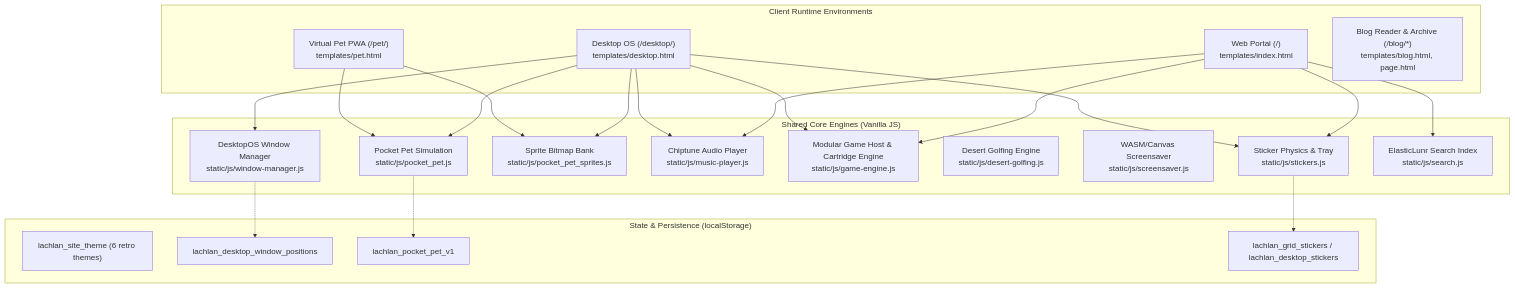
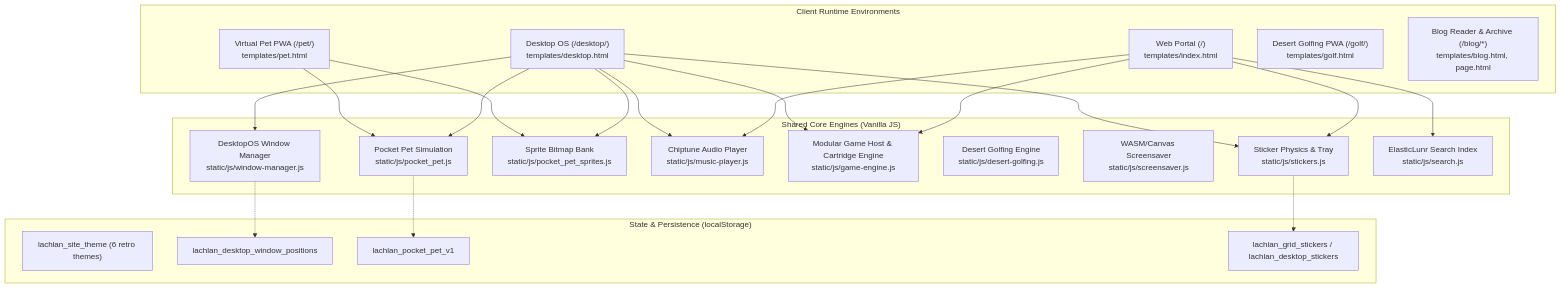
Before and after one commit to spatoa/website: the first of 2 diagrams in ARCHITECTURE.md, drawn with Mermaid. The commit also changed other lines of this file and 11 other files, not shown here.

Commit message:
Added a hidden reset option to the desert golfing minigame

````diff
--- a/ARCHITECTURE.md
+++ b/ARCHITECTURE.md
@@ -16,47 +17,48 @@
 ```mermaid
 graph TD
     subgraph Client_Environments["Client Runtime Environments"]
         Portal["Web Portal (/)\ntemplates/index.html"]
         Desktop["Desktop OS (/desktop/)\ntemplates/desktop.html"]
         PetApp["Virtual Pet PWA (/pet/)\ntemplates/pet.html"]
+        GolfApp["Desert Golfing PWA (/golf/)\ntemplates/golf.html"]
         BlogContent["Blog Reader & Archive (/blog/*)\ntemplates/blog.html, page.html"]
     end
 
     subgraph Core_Engines["Shared Core Engines (Vanilla JS)"]
         WM["DesktopOS Window Manager\nstatic/js/window-manager.js"]
         PetCore["Pocket Pet Simulation\nstatic/js/pocket_pet.js"]
         PetSprites["Sprite Bitmap Bank\nstatic/js/pocket_pet_sprites.js"]
         Audio["Chiptune Audio Player\nstatic/js/music-player.js"]
         Canvas["Modular Game Host & Cartridge Engine\nstatic/js/game-engine.js"]
         Golf["Desert Golfing Engine\nstatic/js/desert-golfing.js"]
         Screensaver["WASM/Canvas Screensaver\nstatic/js/screensaver.js"]
         Stickers["Sticker Physics & Tray\nstatic/js/stickers.js"]
         Search["ElasticLunr Search Index\nstatic/js/search.js"]
     end
 
     subgraph State_Contracts["State & Persistence (localStorage)"]
         SiteTheme["lachlan_site_theme (6 retro themes)"]
         WindowPositions["lachlan_desktop_window_positions"]
         PetState["lachlan_pocket_pet_v1"]
         StickerState["lachlan_grid_stickers / lachlan_desktop_stickers"]
     end
 
     Portal --> Audio
     Portal --> Canvas
     Portal --> Stickers
     Portal --> Search
 
     Desktop --> WM
     Desktop --> PetSprites
     Desktop --> PetCore
     Desktop --> Audio
     Desktop --> Canvas
     Desktop --> Stickers
 
     PetApp --> PetSprites
     PetApp --> PetCore
 
     WM -.-> WindowPositions
     PetCore -.-> PetState
     Stickers -.-> StickerState
 ```
````
